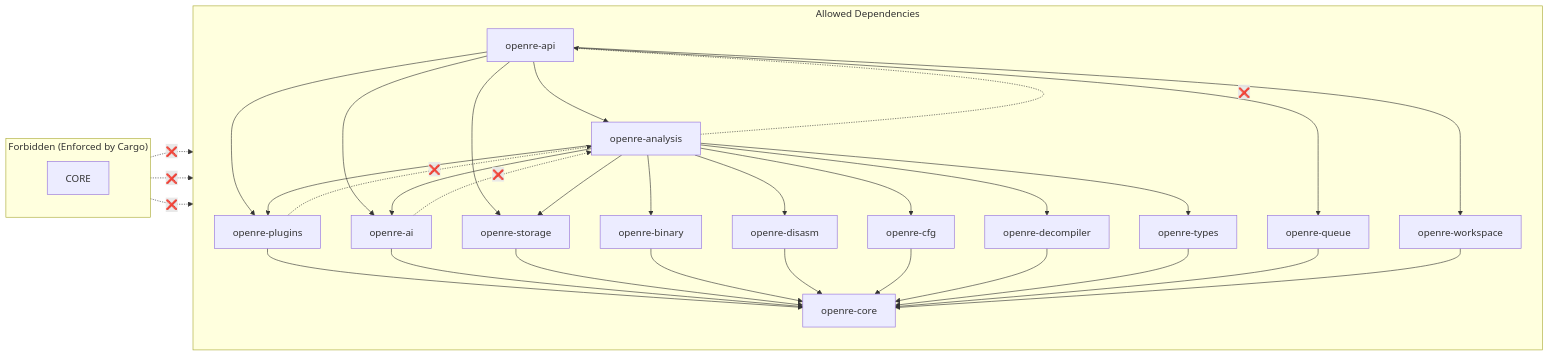
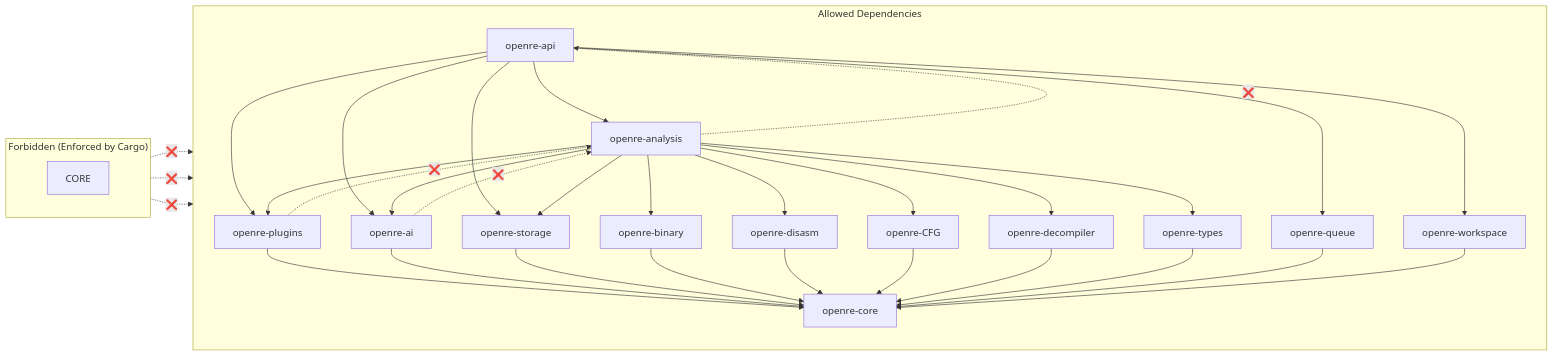
The third of 3 diagrams in docs/architecture/03-backend-architecture.md (RXVEN-1907/open-re), drawn with Mermaid before and after one commit. The commit also changed other lines of this file and 167 other files, not shown here.

````diff
--- a/docs/architecture/03-backend-architecture.md
+++ b/docs/architecture/03-backend-architecture.md
@@ -287,42 +288,42 @@
 ```mermaid
 graph LR
     subgraph "Allowed Dependencies"
         direction TB
         API[openre-api] --> ANA[openre-analysis]
         API --> PLG[openre-plugins]
         API --> AI[openre-ai]
         API --> STO[openre-storage]
         API --> WS[openre-workspace]
         API --> QUE[openre-queue]
         
         ANA --> PLG
         ANA --> AI
         ANA --> STO
         ANA --> BIN[openre-binary]
         ANA --> DIS[openre-disasm]
-        ANA --> CFG[openre-cfg]
+        ANA --> CFG[openre-CFG]
         ANA --> DEC[openre-decompiler]
         ANA --> TYP[openre-types]
         
         PLG --> COR[openre-core]
         AI --> COR
         STO --> COR
         BIN --> COR
         DIS --> COR
         CFG --> COR
         DEC --> COR
         TYP --> COR
         QUE --> COR
         WS --> COR
     end
     
     subgraph "Forbidden (Enforced by Cargo)"
         direction TB
         CORE -.->|❌| API
         CORE -.->|❌| ANA
         CORE -.->|❌| PLG
         ANA -.->|❌| API
         PLG -.->|❌| ANA
         AI -.->|❌| ANA
     end
 ```
````
